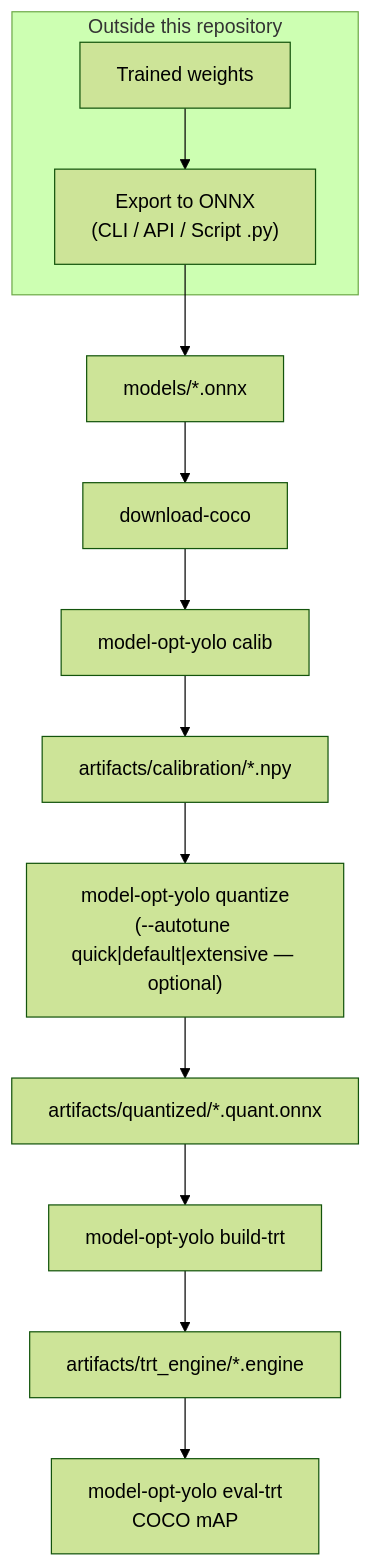
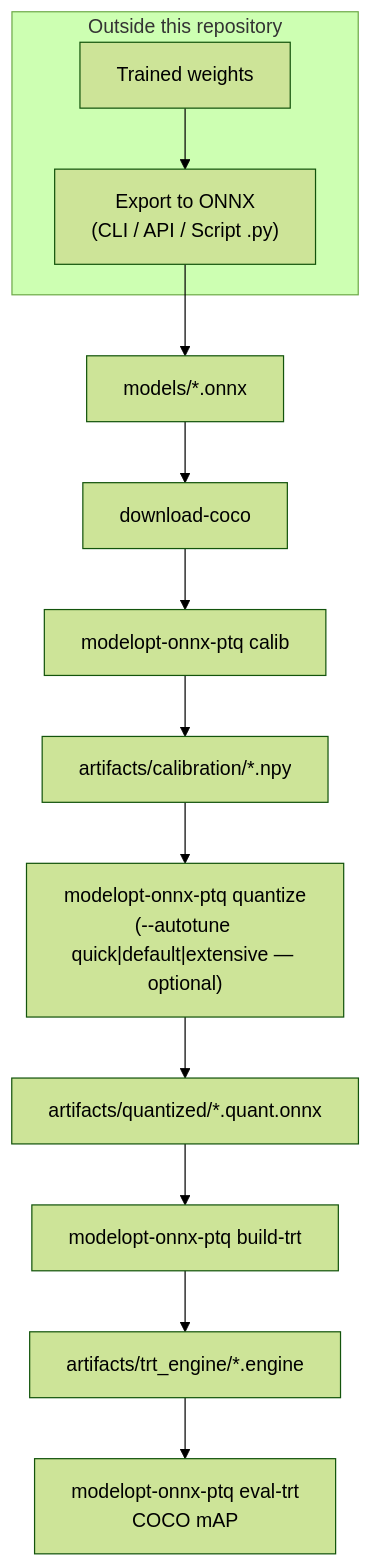
One commit to levipereira/Model-Optimizer-ONNX changed the diagram in README.md. Above: the diagram before and after it, drawn with Mermaid (forest theme). The commit also changed other lines of this file and 45 other files, not shown here.

Commit message:
chore: rename project to modelopt-onnx-ptq (PyPI, CLI, modelopt_onnx_ptq package)

````diff
--- a/README.md
+++ b/README.md
@@ -56,15 +56,15 @@
 ```mermaid
 flowchart TD
   subgraph EXT["Outside this repository"]
     A[Trained weights] --> B["Export to ONNX<br/>(CLI / API / Script .py)"]
   end
   B --> C[models/*.onnx]
   C --> H[download-coco]
-  H --> I[model-opt-yolo calib]
+  H --> I[modelopt-onnx-ptq calib]
   I --> J[artifacts/calibration/*.npy]
-  J --> Q["model-opt-yolo quantize<br/>(--autotune quick|default|extensive — optional)"]
+  J --> Q["modelopt-onnx-ptq quantize<br/>(--autotune quick|default|extensive — optional)"]
   Q --> L[artifacts/quantized/*.quant.onnx]
-  L --> M[model-opt-yolo build-trt]
+  L --> M[modelopt-onnx-ptq build-trt]
   M --> N[artifacts/trt_engine/*.engine]
-  N --> O[model-opt-yolo eval-trt<br/>COCO mAP]
+  N --> O[modelopt-onnx-ptq eval-trt<br/>COCO mAP]
 ```
````
